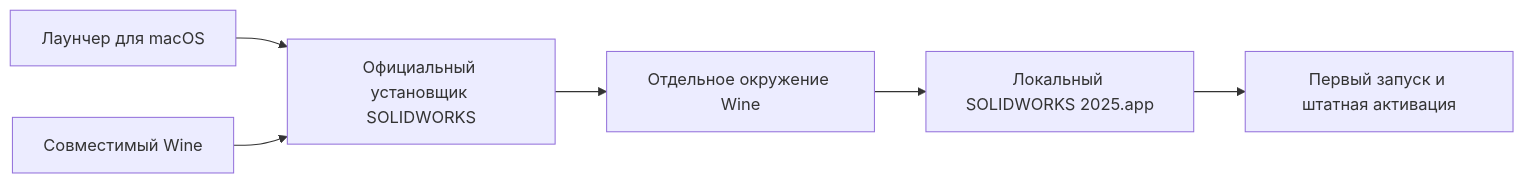
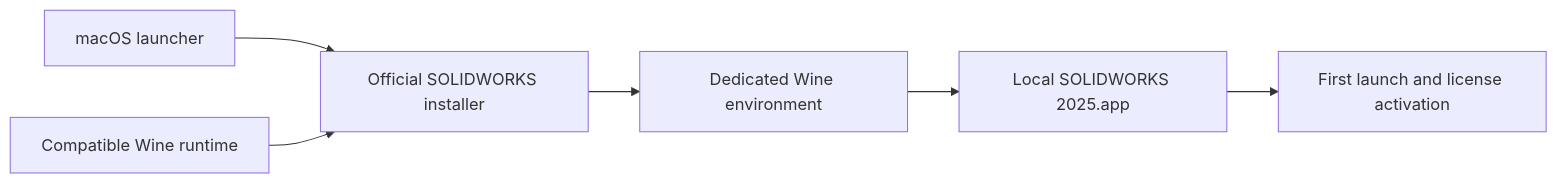
One commit to NazarKaratash13/Porting-Solidworks-2025-on-MacOS-in-Apple-Silicon changed the diagram in README.md. Above: the diagram before and after it, drawn with Mermaid. The commit also changed other lines of this file and 3 other files, not shown here.

````diff
--- a/README.md
+++ b/README.md
@@ -44,8 +46,8 @@
 ```mermaid
 flowchart LR
-    A["Лаунчер для macOS"] --> B["Официальный установщик SOLIDWORKS"]
-    W["Совместимый Wine"] --> B
-    B --> C["Отдельное окружение Wine"]
-    C --> D["Локальный SOLIDWORKS 2025.app"]
-    D --> E["Первый запуск и штатная активация"]
+    A["macOS launcher"] --> B["Official SOLIDWORKS installer"]
+    W["Compatible Wine runtime"] --> B
+    B --> C["Dedicated Wine environment"]
+    C --> D["Local SOLIDWORKS 2025.app"]
+    D --> E["First launch and license activation"]
 ```
````
